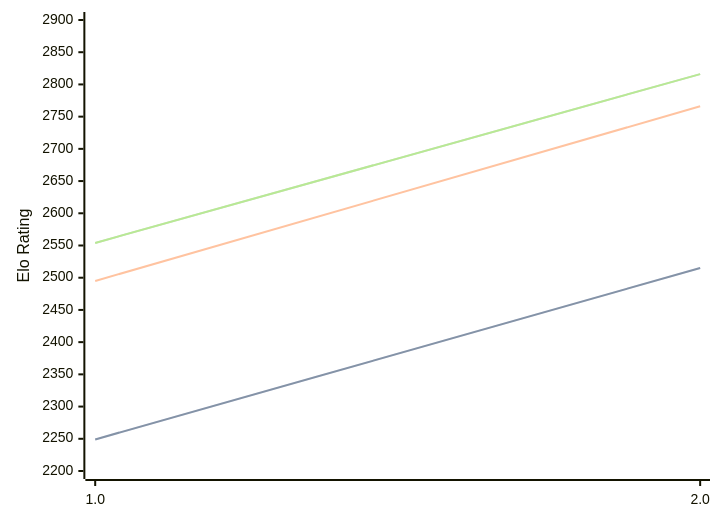
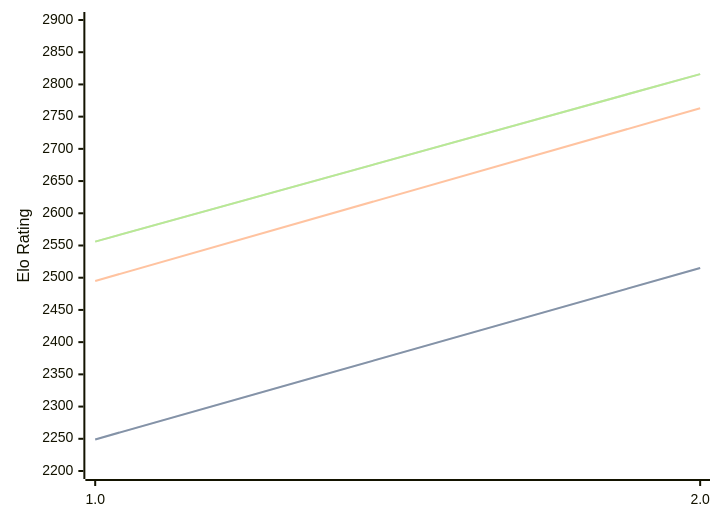
One commit to computer-chess-index/cci changed the first of 3 diagrams in engines/Revolver.md. Above: the diagram before and after it, drawn with Mermaid. The commit also changed other lines of this file, not shown here.

Commit message:
Update CCI Ratings (ELO VLTC) - 2026-07-13

````diff
--- a/engines/Revolver.md
+++ b/engines/Revolver.md
@@ -32,11 +32,11 @@
 ```mermaid
 %%{init: {"theme":"base","themeVariables":{"seriesColors:['#a3a3a3','#222221','#faa371']}}}%%
 xychart-beta
   x-axis ["1.0", "2.0"]
   y-axis "Elo Rating" 2200 --> 2900
   line "STC (8.0+0.08s)" [2249, 2515]
   line "STC (8.0+0.08s)" [2249, 2515]
-  line "LTC (60.0+0.60s)" [2495, 2766]
-  line "VLTC (2m24s+1.12s)" [2554, 2816]
-  line "VLTC (2m24s+1.12s)" [2554, 2816]
+  line "LTC (60.0+0.60s)" [2495, 2763]
+  line "VLTC (2m24s+1.12s)" [2556, 2816]
+  line "VLTC (2m24s+1.12s)" [2556, 2816]
 ```
````
